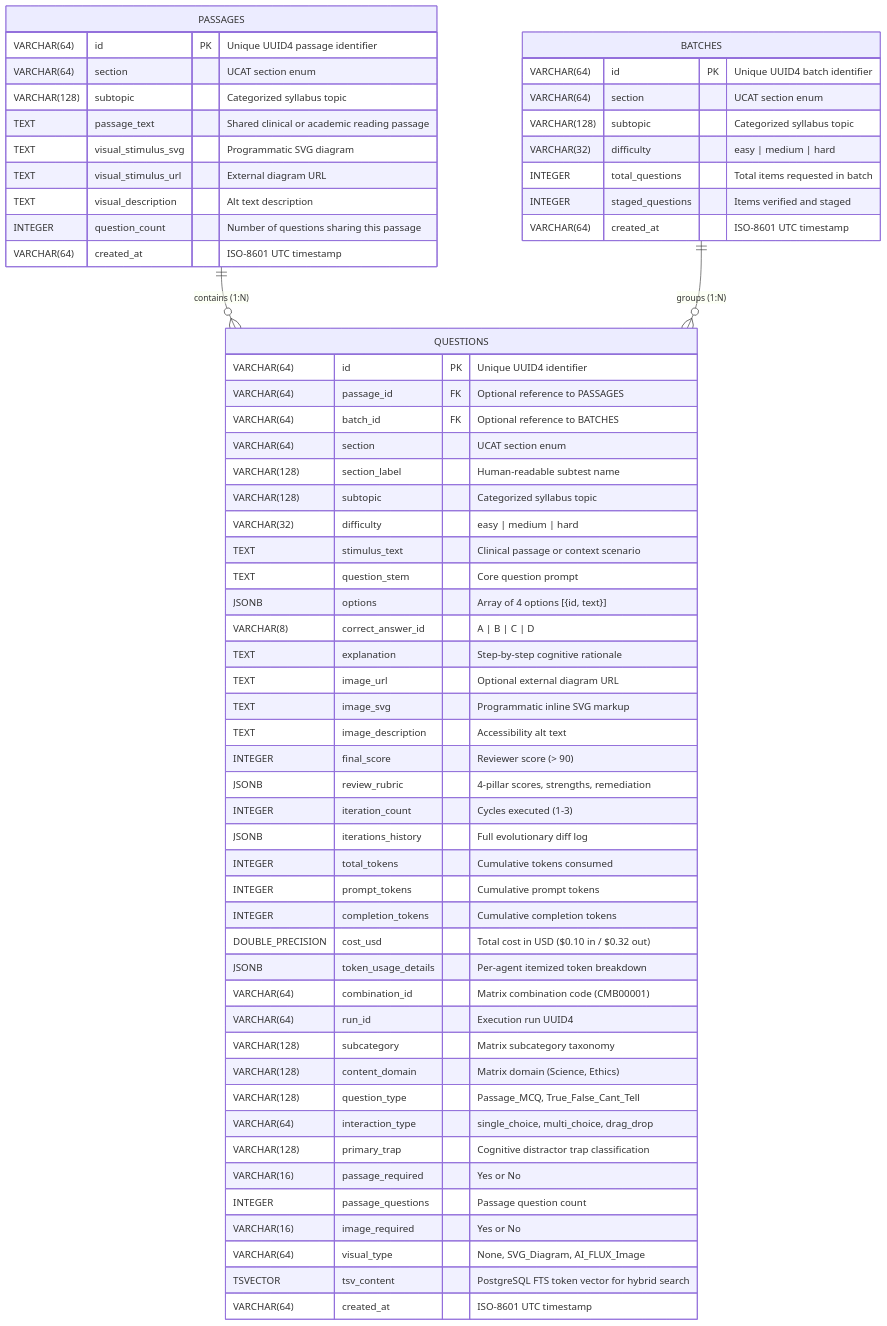
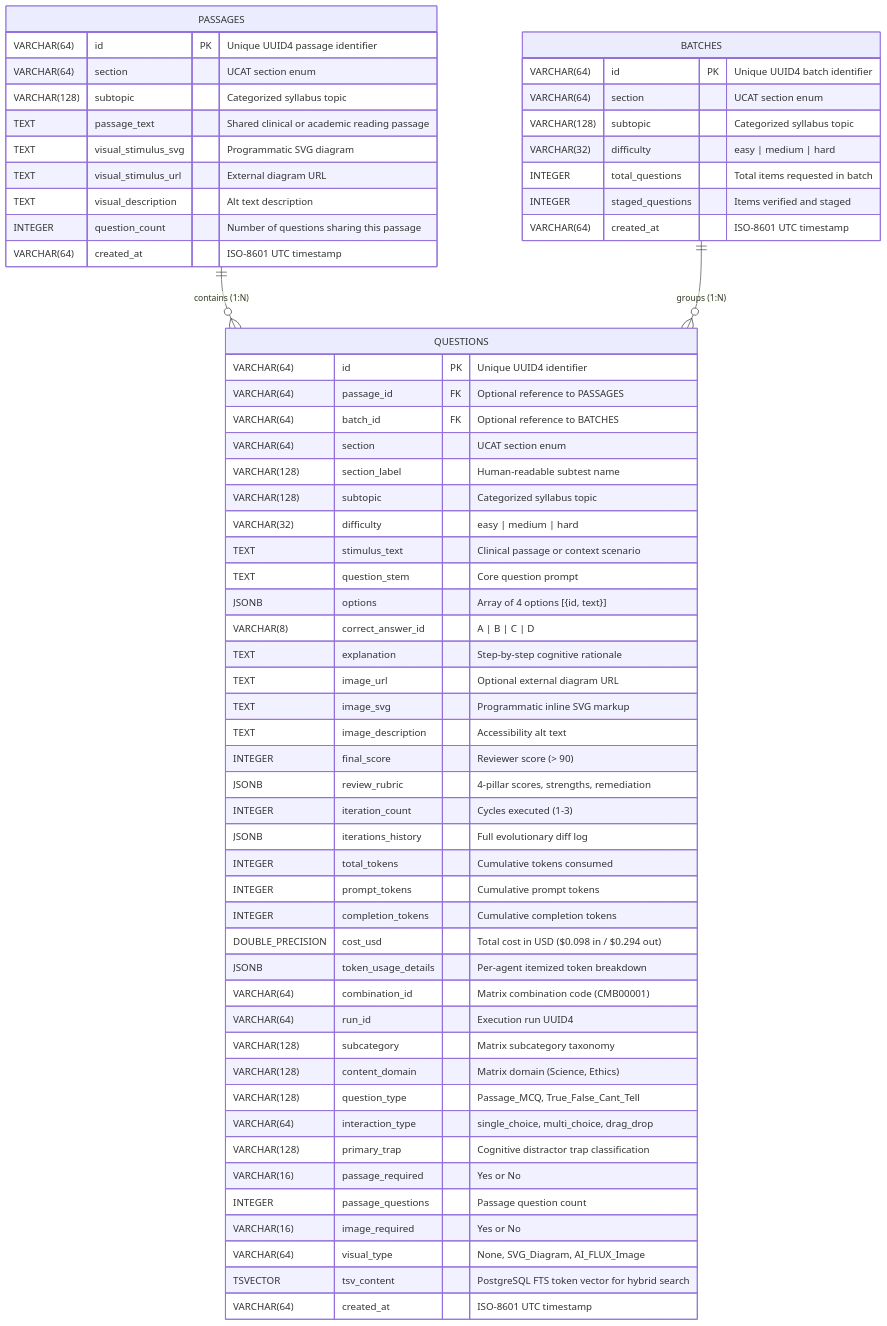
One commit to VishwamPatel-Infynno/MCAT-Question-Bank-Generator changed the fourth of 6 diagrams in docs/ARCHITECTURE.md. Above: the diagram before and after it, drawn with Mermaid. The commit also changed other lines of this file and 22 other files, not shown here.

````diff
--- a/docs/ARCHITECTURE.md
+++ b/docs/ARCHITECTURE.md
@@ -247,67 +247,67 @@
 ```mermaid
 erDiagram
     PASSAGES ||--o{ QUESTIONS : "contains (1:N)"
     BATCHES ||--o{ QUESTIONS : "groups (1:N)"
 
     PASSAGES {
         VARCHAR(64) id PK "Unique UUID4 passage identifier"
         VARCHAR(64) section "UCAT section enum"
         VARCHAR(128) subtopic "Categorized syllabus topic"
         TEXT passage_text "Shared clinical or academic reading passage"
         TEXT visual_stimulus_svg "Programmatic SVG diagram"
         TEXT visual_stimulus_url "External diagram URL"
         TEXT visual_description "Alt text description"
         INTEGER question_count "Number of questions sharing this passage"
         VARCHAR(64) created_at "ISO-8601 UTC timestamp"
     }
 
     BATCHES {
         VARCHAR(64) id PK "Unique UUID4 batch identifier"
         VARCHAR(64) section "UCAT section enum"
         VARCHAR(128) subtopic "Categorized syllabus topic"
         VARCHAR(32) difficulty "easy | medium | hard"
         INTEGER total_questions "Total items requested in batch"
         INTEGER staged_questions "Items verified and staged"
         VARCHAR(64) created_at "ISO-8601 UTC timestamp"
     }
 
     QUESTIONS {
         VARCHAR(64) id PK "Unique UUID4 identifier"
         VARCHAR(64) passage_id FK "Optional reference to PASSAGES"
         VARCHAR(64) batch_id FK "Optional reference to BATCHES"
         VARCHAR(64) section "UCAT section enum"
         VARCHAR(128) section_label "Human-readable subtest name"
         VARCHAR(128) subtopic "Categorized syllabus topic"
         VARCHAR(32) difficulty "easy | medium | hard"
         TEXT stimulus_text "Clinical passage or context scenario"
         TEXT question_stem "Core question prompt"
         JSONB options "Array of 4 options [{id, text}]"
         VARCHAR(8) correct_answer_id "A | B | C | D"
         TEXT explanation "Step-by-step cognitive rationale"
         TEXT image_url "Optional external diagram URL"
         TEXT image_svg "Programmatic inline SVG markup"
         TEXT image_description "Accessibility alt text"
         INTEGER final_score "Reviewer score (> 90)"
         JSONB review_rubric "4-pillar scores, strengths, remediation"
         INTEGER iteration_count "Cycles executed (1-3)"
         JSONB iterations_history "Full evolutionary diff log"
         INTEGER total_tokens "Cumulative tokens consumed"
         INTEGER prompt_tokens "Cumulative prompt tokens"
         INTEGER completion_tokens "Cumulative completion tokens"
-        DOUBLE_PRECISION cost_usd "Total cost in USD ($0.10 in / $0.32 out)"
+        DOUBLE_PRECISION cost_usd "Total cost in USD ($0.098 in / $0.294 out)"
         JSONB token_usage_details "Per-agent itemized token breakdown"
         VARCHAR(64) combination_id "Matrix combination code (CMB00001)"
         VARCHAR(64) run_id "Execution run UUID4"
         VARCHAR(128) subcategory "Matrix subcategory taxonomy"
         VARCHAR(128) content_domain "Matrix domain (Science, Ethics)"
         VARCHAR(128) question_type "Passage_MCQ, True_False_Cant_Tell"
         VARCHAR(64) interaction_type "single_choice, multi_choice, drag_drop"
         VARCHAR(128) primary_trap "Cognitive distractor trap classification"
         VARCHAR(16) passage_required "Yes or No"
         INTEGER passage_questions "Passage question count"
         VARCHAR(16) image_required "Yes or No"
         VARCHAR(64) visual_type "None, SVG_Diagram, AI_FLUX_Image"
         TSVECTOR tsv_content "PostgreSQL FTS token vector for hybrid search"
         VARCHAR(64) created_at "ISO-8601 UTC timestamp"
     }
 ```
````
